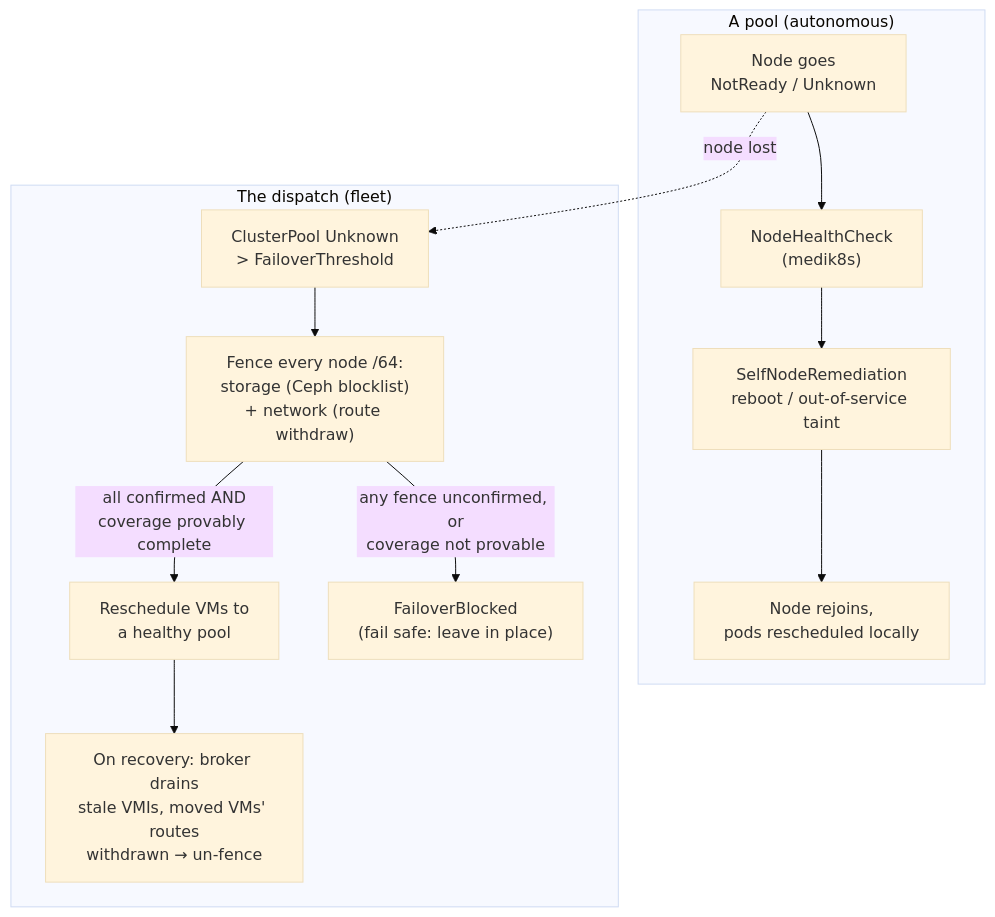
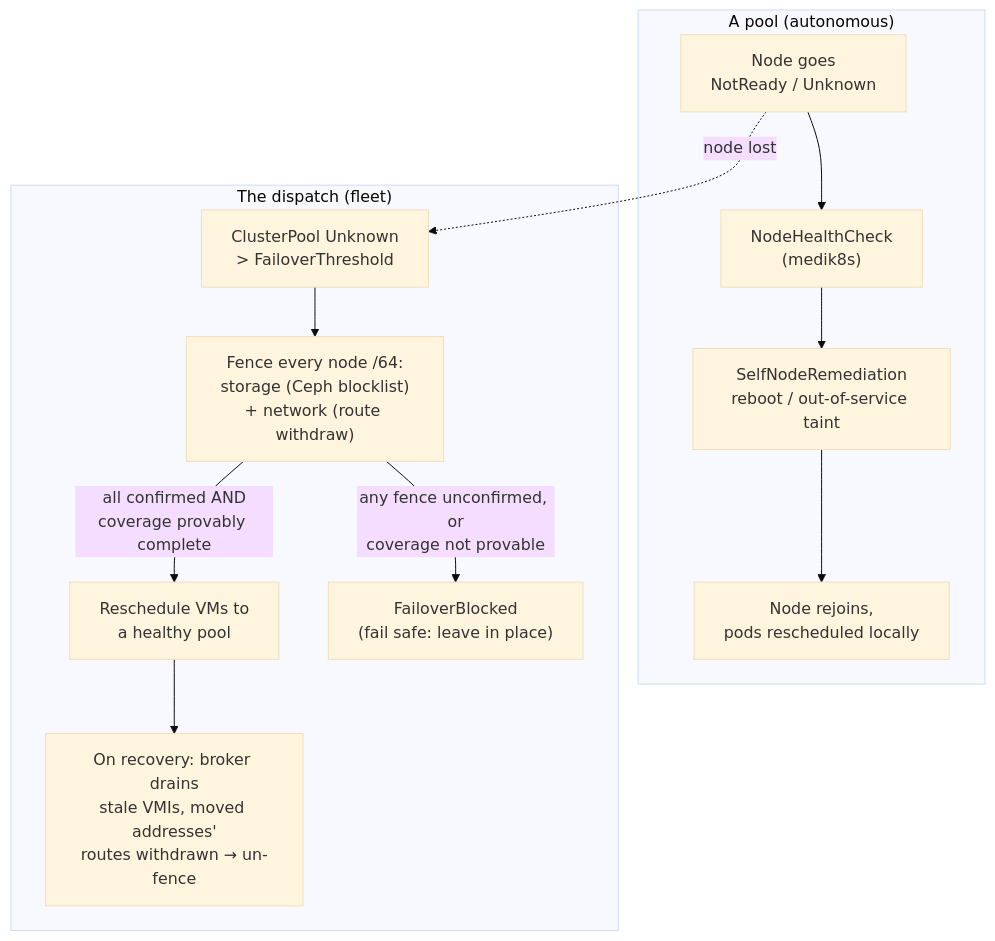
Before and after one commit to trevex/ectobase: the first of 2 diagrams in docs/architecture/rescheduling-and-failover.md, drawn with Mermaid (base theme). The commit also changed other lines of this file and 1 other file, not shown here.

First line of the commit message:
docs: the release gate reads placement, and how to free a held fence

````diff
--- a/docs/architecture/rescheduling-and-failover.md
+++ b/docs/architecture/rescheduling-and-failover.md
@@ -34,19 +34,19 @@
 ```mermaid
 flowchart TD
     subgraph pool["A pool (autonomous)"]
         node["Node goes<br/>NotReady / Unknown"]
         node --> nhc["NodeHealthCheck<br/>(medik8s)"]
         nhc --> snr["SelfNodeRemediation<br/>reboot / out-of-service taint"]
         snr --> healed["Node rejoins,<br/>pods rescheduled locally"]
     end
 
     subgraph dispatch["The dispatch (fleet)"]
         lost["ClusterPool Unknown<br/>&gt; FailoverThreshold"]
         lost --> fence["Fence every node /64:<br/>storage (Ceph blocklist)<br/>+ network (route withdraw)"]
         fence -->|all confirmed AND<br/>coverage provably complete| rebind["Reschedule VMs to<br/>a healthy pool"]
         fence -->|any fence unconfirmed, or<br/>coverage not provable| block["FailoverBlocked<br/>(fail safe: leave in place)"]
-        rebind --> recover["On recovery: broker drains<br/>stale VMIs, moved VMs' routes<br/>withdrawn → un-fence"]
+        rebind --> recover["On recovery: broker drains<br/>stale VMIs, moved addresses'<br/>routes withdrawn → un-fence"]
     end
 
     node -.node lost.-> lost
 ```
````
